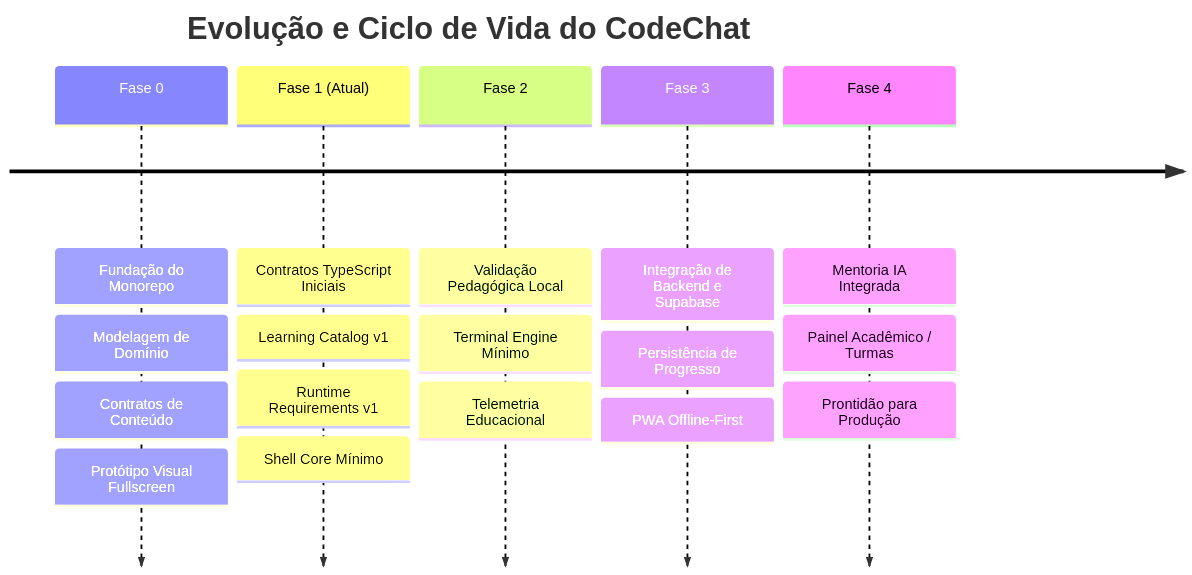
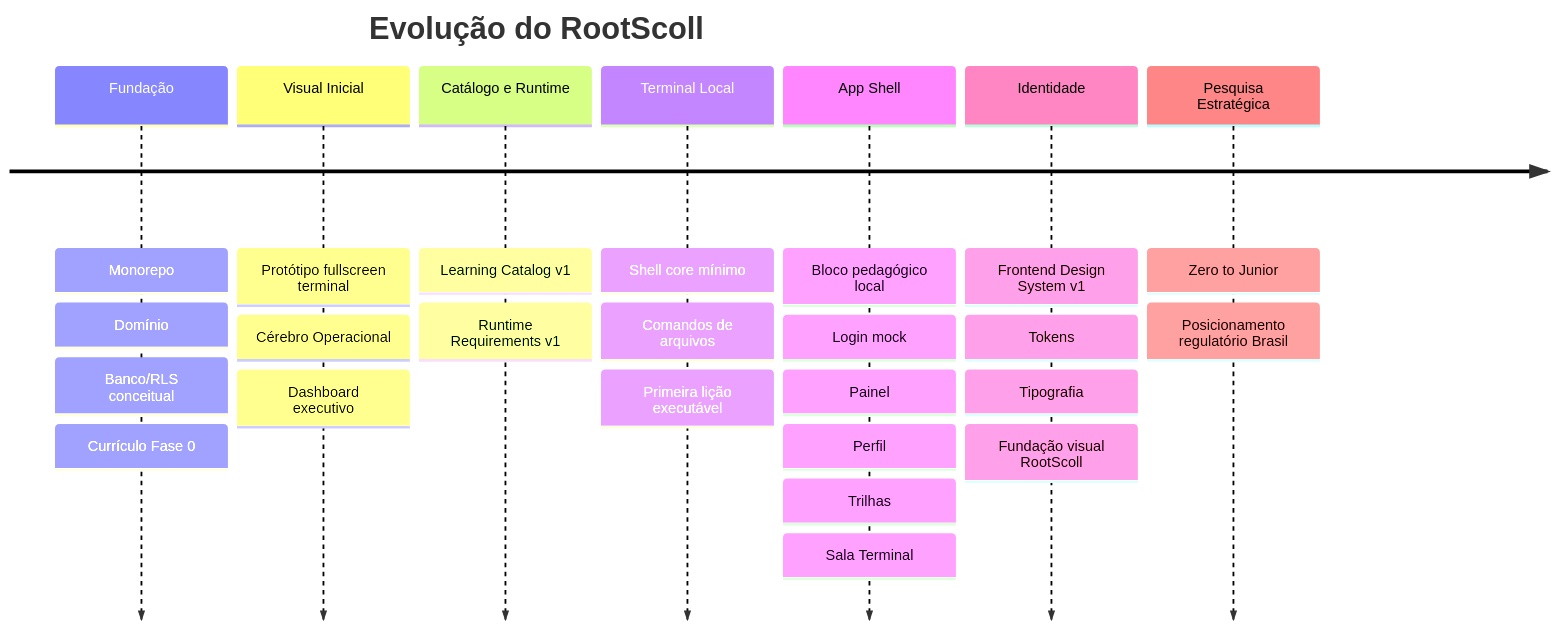
One commit to reinaldogramachof-hash/RootScoll changed the fourth of 4 diagrams in docs/operations/visual-operational-brain.md. Above: the diagram before and after it, drawn with Mermaid. The commit also changed other lines of this file and 15 other files, not shown here.

Commit message:
feat: add RootScoll visual foundation and strategy docs

````diff
--- a/docs/operations/visual-operational-brain.md
+++ b/docs/operations/visual-operational-brain.md
@@ -138,9 +113,11 @@
 ```mermaid
 timeline
-    title Evolução e Ciclo de Vida do CodeChat
-    Fase 0 : Fundação do Monorepo : Modelagem de Domínio : Contratos de Conteúdo : Protótipo Visual Fullscreen
-    Fase 1 (Atual) : Contratos TypeScript Iniciais : Learning Catalog v1 : Runtime Requirements v1 : Shell Core Mínimo
-    Fase 2 : Validação Pedagógica Local : Terminal Engine Mínimo : Telemetria Educacional
-    Fase 3 : Integração de Backend e Supabase : Persistência de Progresso : PWA Offline-First
-    Fase 4 : Mentoria IA Integrada : Painel Acadêmico / Turmas : Prontidão para Produção
+    title Evolução do RootScoll
+    Fundação : Monorepo : Domínio : Banco/RLS conceitual : Currículo Fase 0
+    Visual Inicial : Protótipo fullscreen terminal : Cérebro Operacional : Dashboard executivo
+    Catálogo e Runtime : Learning Catalog v1 : Runtime Requirements v1
+    Terminal Local : Shell core mínimo : Comandos de arquivos : Primeira lição executável
+    App Shell : Bloco pedagógico local : Login mock : Painel : Perfil : Trilhas : Sala Terminal
+    Identidade : Frontend Design System v1 : Tokens : Tipografia : Fundação visual RootScoll
+    Pesquisa Estratégica : Zero to Junior : Posicionamento regulatório Brasil
 ```
````
